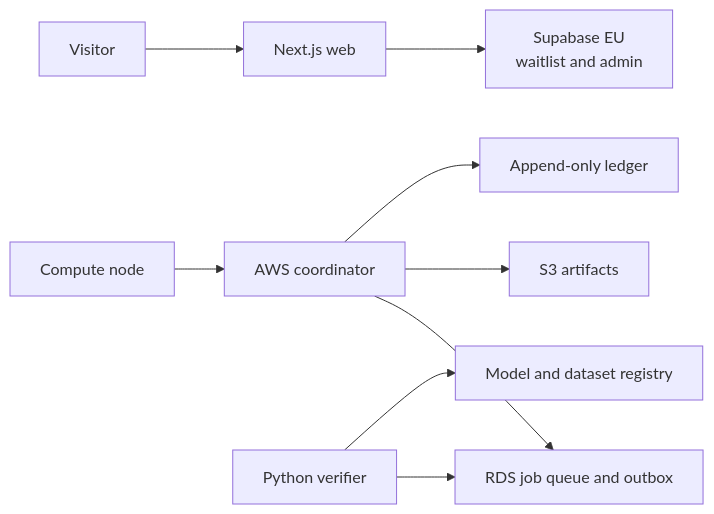
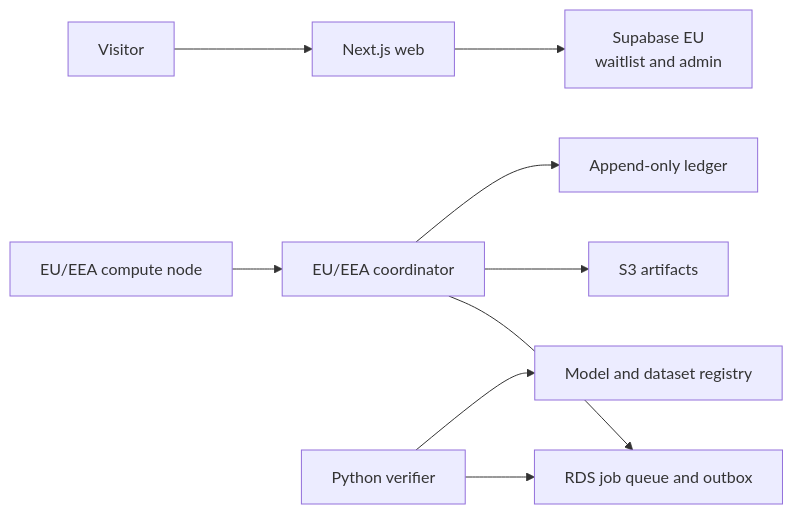
One commit to Vexcraft-io/Tenvra changed the diagram in docs/architecture/system-architecture.md. Above: the diagram before and after it, drawn with Mermaid. The commit also changed other lines of this file and 22 other files, not shown here.

````diff
--- a/docs/architecture/system-architecture.md
+++ b/docs/architecture/system-architecture.md
@@ -7,12 +7,12 @@
 ```mermaid
 flowchart LR
   Visitor["Visitor"] --> Web["Next.js web"]
   Web --> PhaseOne["Supabase EU\nwaitlist and admin"]
 
-  Node["Compute node"] --> Coordinator["AWS coordinator"]
+  Node["EU/EEA compute node"] --> Coordinator["EU/EEA coordinator"]
   Coordinator --> Queue["RDS job queue and outbox"]
   Coordinator --> Storage["S3 artifacts"]
   Coordinator --> Ledger["Append-only ledger"]
   Verifier["Python verifier"] --> Queue
   Verifier --> Registry["Model and dataset registry"]
 ```
````
